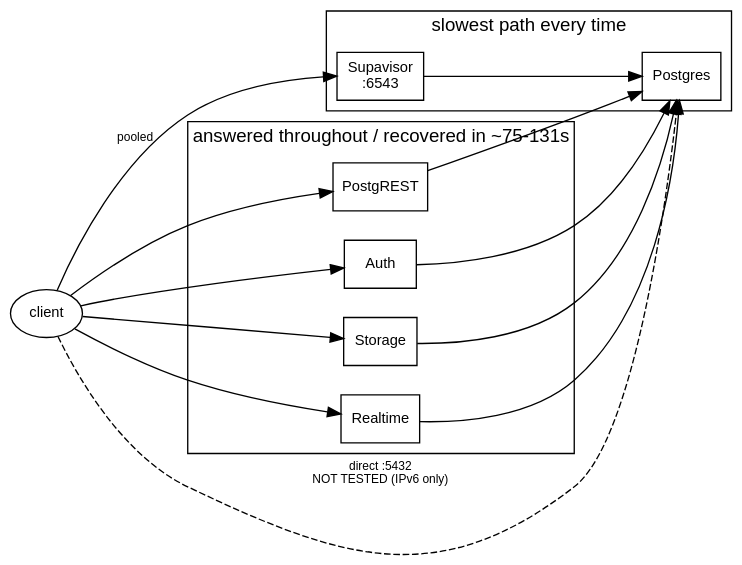
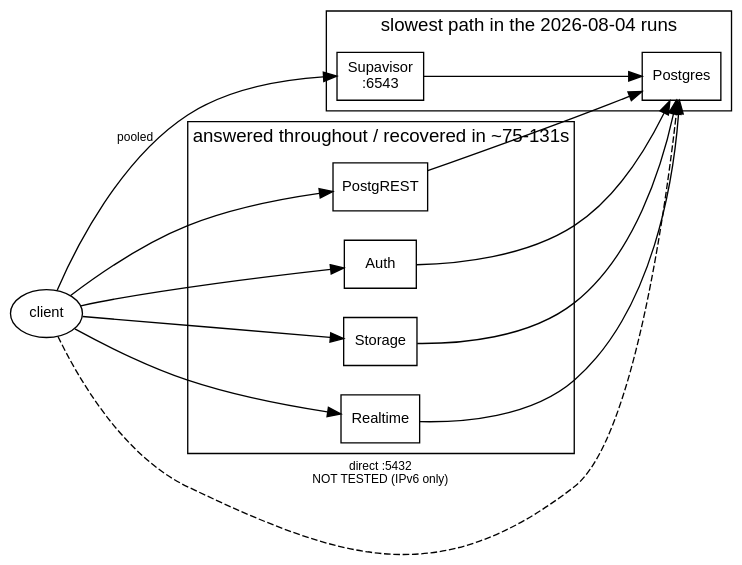
One commit to erfianugrah/lexicanum changed the diagram in src/content/docs/reference/supabase-platform-operation-cost.mdx. Above: the diagram before and after it, drawn with Graphviz. The commit also changed other lines of this file and 33 other files, not shown here.

````diff
--- a/src/content/docs/reference/supabase-platform-operation-cost.mdx
+++ b/src/content/docs/reference/supabase-platform-operation-cost.mdx
@@ -156,37 +204,37 @@
 ```dot
 digraph {
   rankdir=LR; bgcolor="transparent"; compound=true; nodesep=0.3; ranksep=0.7;
   fontname="Helvetica,Arial,sans-serif";
   node [fontname="Helvetica,Arial,sans-serif", fontsize=11, shape=box];
   edge [fontname="Helvetica,Arial,sans-serif", fontsize=9];
 
   client [label="client", shape=ellipse];
 
   subgraph cluster_http {
     label="answered throughout / recovered in ~75-131s";
     rest [label="PostgREST"];
     auth [label="Auth"];
     storage [label="Storage"];
     realtime [label="Realtime"];
   }
 
   subgraph cluster_pg {
-    label="slowest path every time";
+    label="slowest path in the 2026-08-04 runs";
     pooler [label="Supavisor\n:6543"];
     pg [label="Postgres"];
   }
 
   client -> rest;
   client -> auth;
   client -> storage;
   client -> realtime;
   client -> pooler [label="pooled"];
   client -> pg [label="direct :5432\nNOT TESTED (IPv6 only)", style=dashed];
 
   rest -> pg;
   auth -> pg;
   storage -> pg;
   realtime -> pg;
   pooler -> pg;
 }
 ```
````
